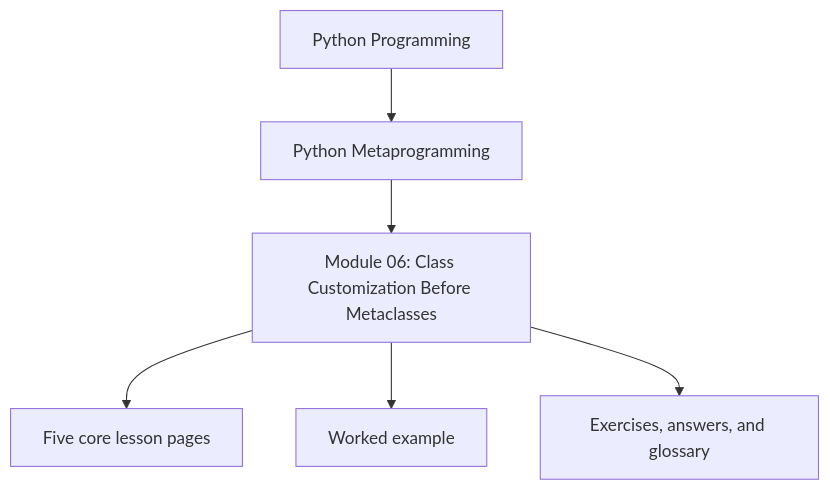
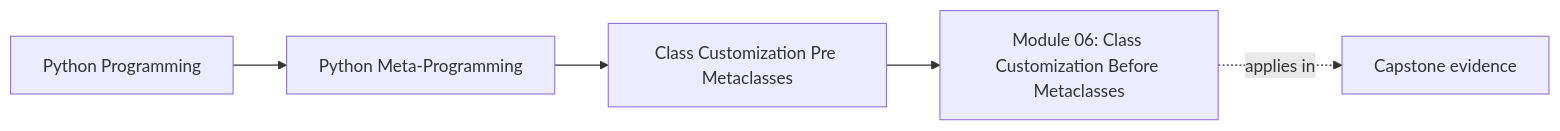
The first of 2 diagrams in programs/python-programming/python-meta-programming/course-book/module-06-class-customization-pre-metaclasses/index.md (bijux/bijux-masterclass), drawn with Mermaid before and after one commit. The commit also changed other lines of this file and 91 other files, not shown here.

Commit message:
docs(python-meta-programming): map advanced runtime and capstone surfaces

````diff
--- a/programs/python-programming/python-meta-programming/course-book/module-06-class-customization-pre-metaclasses/index.md
+++ b/programs/python-programming/python-meta-programming/course-book/module-06-class-customization-pre-metaclasses/index.md
@@ -6,8 +6,11 @@
 ```mermaid
-flowchart TD
-  family["Python Programming"] --> program["Python Metaprogramming"]
-  program --> module["Module 06: Class Customization Before Metaclasses"]
-  module --> cores["Five core lesson pages"]
-  module --> example["Worked example"]
-  module --> practice["Exercises, answers, and glossary"]
+graph LR
+  family["Python Programming"]
+  program["Python Meta-Programming"]
+  section["Class Customization Pre Metaclasses"]
+  page["Module 06: Class Customization Before Metaclasses"]
+  capstone["Capstone evidence"]
+
+  family --> program --> section --> page
+  page -.applies in.-> capstone
 ```
````
